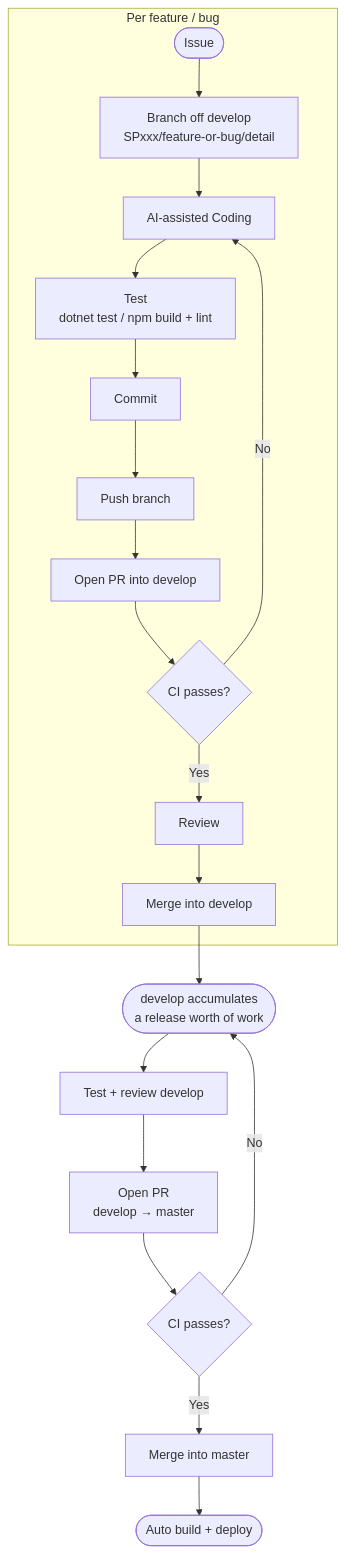
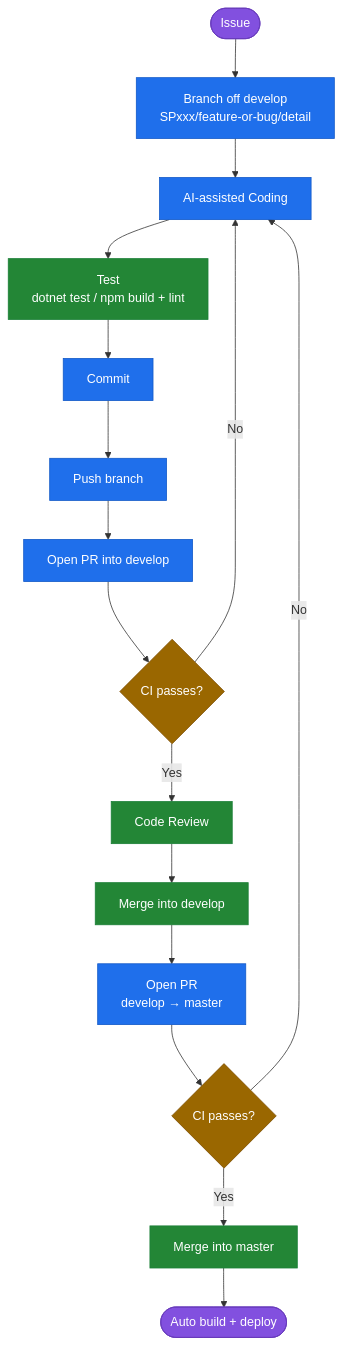
Before and after one commit to KrittametKhamtana/LockGo: the second of 2 diagrams in README.md, drawn with Mermaid. The commit also changed other lines of this file and 7 other files, not shown here.

````diff
--- a/README.md
+++ b/README.md
@@ -484,23 +480,28 @@
 ```mermaid
 flowchart TD
-    subgraph loop["Per feature / bug"]
-        A([Issue]) --> B["Branch off develop<br/>SPxxx/feature-or-bug/detail"]
-        B --> C[AI-assisted Coding]
-        C --> D["Test<br/>dotnet test / npm build + lint"]
-        D --> E[Commit]
-        E --> F[Push branch]
-        F --> G["Open PR into develop"]
-        G --> H{CI passes?}
-        H -- No --> C
-        H -- Yes --> I[Review]
-        I --> J[Merge into develop]
-    end
+    A([Issue]) --> B["Branch off develop<br/>SPxxx/feature-or-bug/detail"]
+    B --> C[AI-assisted Coding]
+    C --> D["Test<br/>dotnet test / npm build + lint"]
+    D --> E[Commit]
+    E --> F[Push branch]
+    F --> G[Open PR into develop]
+    G --> H{CI passes?}
+    H -- No --> C
+    H -- Yes --> I[Code Review]
+    I --> J[Merge into develop]
+    J --> K["Open PR<br/>develop → master"]
+    K --> L{CI passes?}
+    L -- No --> C
+    L -- Yes --> M[Merge into master]
+    M --> N([Auto build + deploy])
 
-    J --> K(["develop accumulates<br/>a release worth of work"])
-    K --> L["Test + review develop"]
-    L --> M["Open PR<br/>develop → master"]
-    M --> N{CI passes?}
-    N -- No --> K
-    N -- Yes --> O[Merge into master]
-    O --> P(["Auto build + deploy"])
+    classDef start fill:#8250df,stroke:#6639ba,color:#ffffff
+    classDef work fill:#1f6feb,stroke:#1158c7,color:#ffffff
+    classDef check fill:#238636,stroke:#1a7f37,color:#ffffff
+    classDef gate fill:#9a6700,stroke:#7d4e00,color:#ffffff
+
+    class A,N start
+    class B,C,E,F,G,K work
+    class D,I,J,M check
+    class H,L gate
 ```
````
